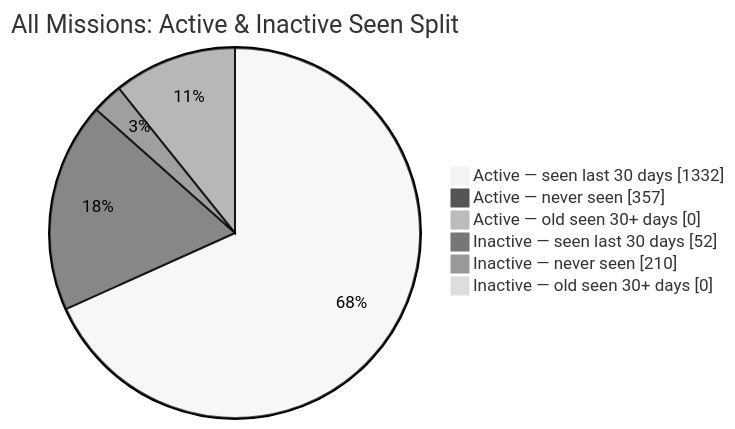
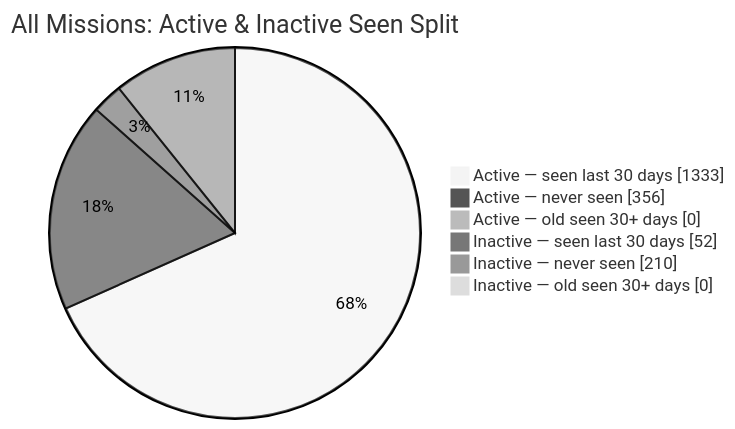
Before and after one commit to MeldkamerspelGameTeam/active-missions: the second of 2 diagrams in README.md, drawn with Mermaid (neutral theme). The commit also changed other lines of this file and 2 other files, not shown here.

````diff
--- a/README.md
+++ b/README.md
@@ -44,10 +44,10 @@
 ```mermaid
 pie showData
     title All Missions: Active & Inactive Seen Split
-    "Active — seen last 30 days" : 1332
-    "Active — never seen" : 357
+    "Active — seen last 30 days" : 1333
+    "Active — never seen" : 356
     "Active — old seen 30+ days" : 0
     "Inactive — seen last 30 days" : 52
     "Inactive — never seen" : 210
     "Inactive — old seen 30+ days" : 0
 ```
````
